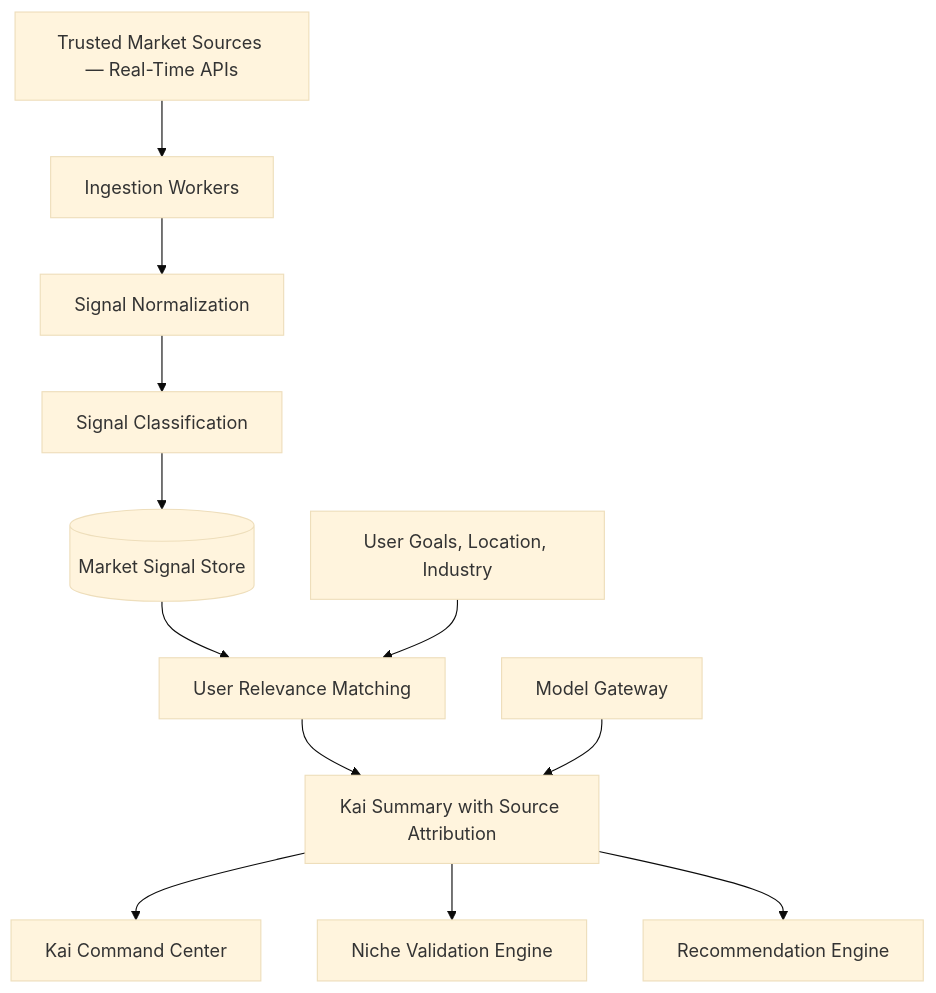
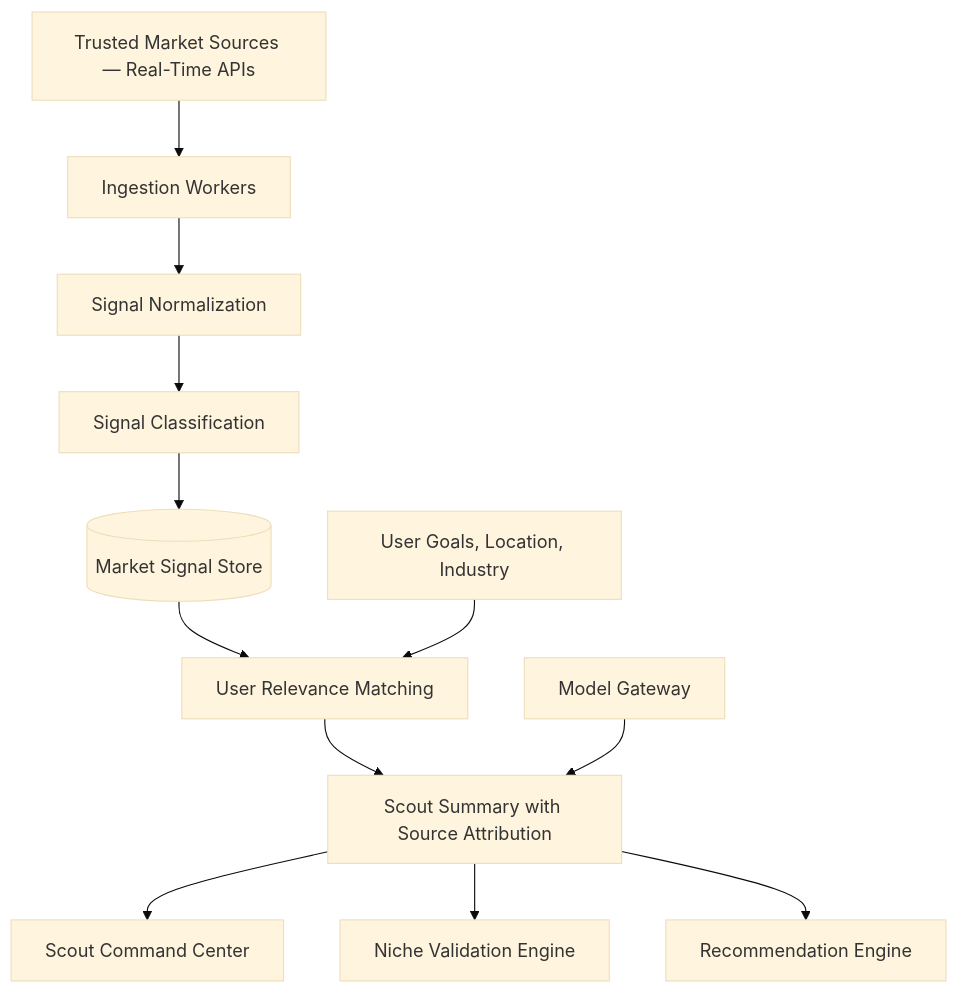
One commit to Mirzzie/Fadi changed the diagram in docs/MARKET_INTELLIGENCE_ENGINE.md. Above: the diagram before and after it, drawn with Mermaid (base theme). The commit also changed other lines of this file and 142 other files, not shown here.

First line of the commit message:
feat!: rename Kai → Scout — the agent that finds what's ahead of you

````diff
--- a/docs/MARKET_INTELLIGENCE_ENGINE.md
+++ b/docs/MARKET_INTELLIGENCE_ENGINE.md
@@ -26,14 +26,14 @@
 ```mermaid
 flowchart TD
     Sources[Trusted Market Sources — Real-Time APIs] --> Ingest[Ingestion Workers]
     Ingest --> Normalize[Signal Normalization]
     Normalize --> Classify[Signal Classification]
     Classify --> Store[(Market Signal Store)]
     Store --> Relevance[User Relevance Matching]
     Profile[User Goals, Location, Industry] --> Relevance
-    Relevance --> Summary[Kai Summary with Source Attribution]
+    Relevance --> Summary[Scout Summary with Source Attribution]
     Gateway[Model Gateway] --> Summary
-    Summary --> CommandCenter[Kai Command Center]
+    Summary --> CommandCenter[Scout Command Center]
     Summary --> NicheValidation[Niche Validation Engine]
     Summary --> Recommendations[Recommendation Engine]
 ```
````
